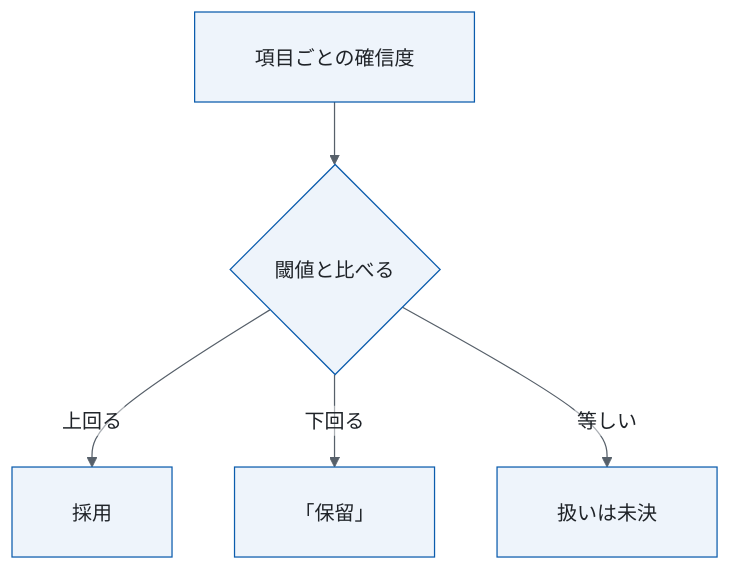
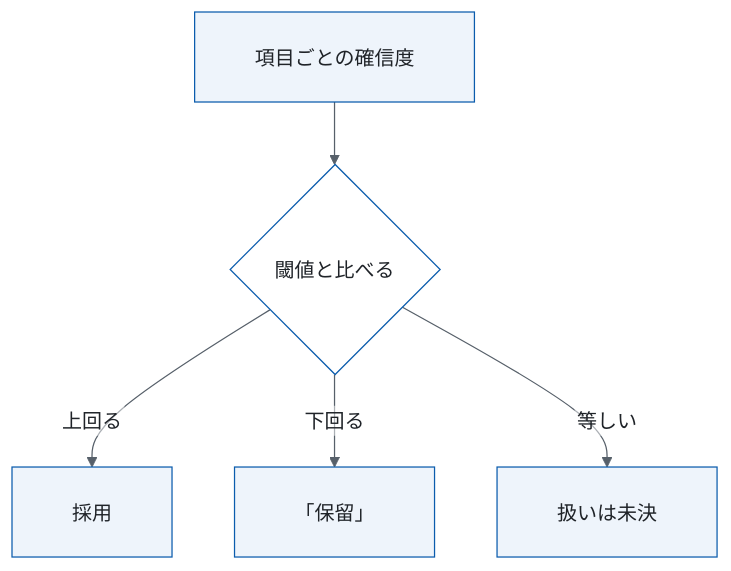
Before and after one commit to spin-glass/tool-slides: the first of 3 diagrams in decks/2026-10-01-invoice-ocr-confirm/design/operations.md, drawn with Mermaid. The commit also changed other lines of this file and 17 other files, not shown here.

First line of the commit message:
design-doc: 図の形・色・ラベル・題を検査し、Notion の修正指示の受け方を足す

````diff
--- a/decks/2026-10-01-invoice-ocr-confirm/design/operations.md
+++ b/decks/2026-10-01-invoice-ocr-confirm/design/operations.md
@@ -61,8 +61,14 @@
 ```mermaid
-%%{init: {"theme": "base", "flowchart": {"padding": 24, "htmlLabels": false}, "themeVariables": {"fontSize": "16px", "fontFamily": "Hiragino Sans, Noto Sans JP, sans-serif", "primaryColor": "#eef4fb", "primaryBorderColor": "#0b5cad", "primaryTextColor": "#1f2328", "lineColor": "#57606a", "edgeLabelBackground": "#ffffff", "taskBkgColor": "#eef4fb", "taskBorderColor": "#0b5cad", "taskTextColor": "#1f2328", "critBkgColor": "#b35900", "critBorderColor": "#b35900", "gridColor": "#d0d7de", "sectionBkgColor": "#ffffff"}}}%%
+%%{init: {"theme": "base", "fontFamily": "Hiragino Sans, Noto Sans JP, sans-serif", "themeCSS": ".edgeLabel rect{opacity:1}", "flowchart": {"padding": 24, "htmlLabels": false}, "themeVariables": {"fontSize": "16px", "fontFamily": "Hiragino Sans, Noto Sans JP, sans-serif", "primaryColor": "#eef4fb", "primaryBorderColor": "#0b5cad", "primaryTextColor": "#1f2328", "lineColor": "#57606a", "edgeLabelBackground": "#ffffff", "taskBkgColor": "#eef4fb", "taskBorderColor": "#0b5cad", "taskTextColor": "#1f2328", "critBkgColor": "#b35900", "critBorderColor": "#b35900", "gridColor": "#d0d7de", "sectionBkgColor": "#ffffff"}}}%%
 flowchart TB
   A[項目ごとの確信度] --> B{閾値と比べる}
   B -->|上回る| C[採用]
   B -->|下回る| D[「保留」]
   B -->|等しい| E[扱いは未決]
+  class B gate
+  classDef start fill:#f6f8fa,stroke:#57606a,color:#1f2328
+  classDef gate fill:#ffffff,stroke:#0b5cad,color:#1f2328
+  classDef sign fill:#ffffff,stroke:#8c959f,color:#1f2328
+  classDef human fill:#fff4e5,stroke:#b35900,color:#1f2328
+  classDef band fill:#ffffff,stroke:#d0d7de,color:#57606a
 ```
````
